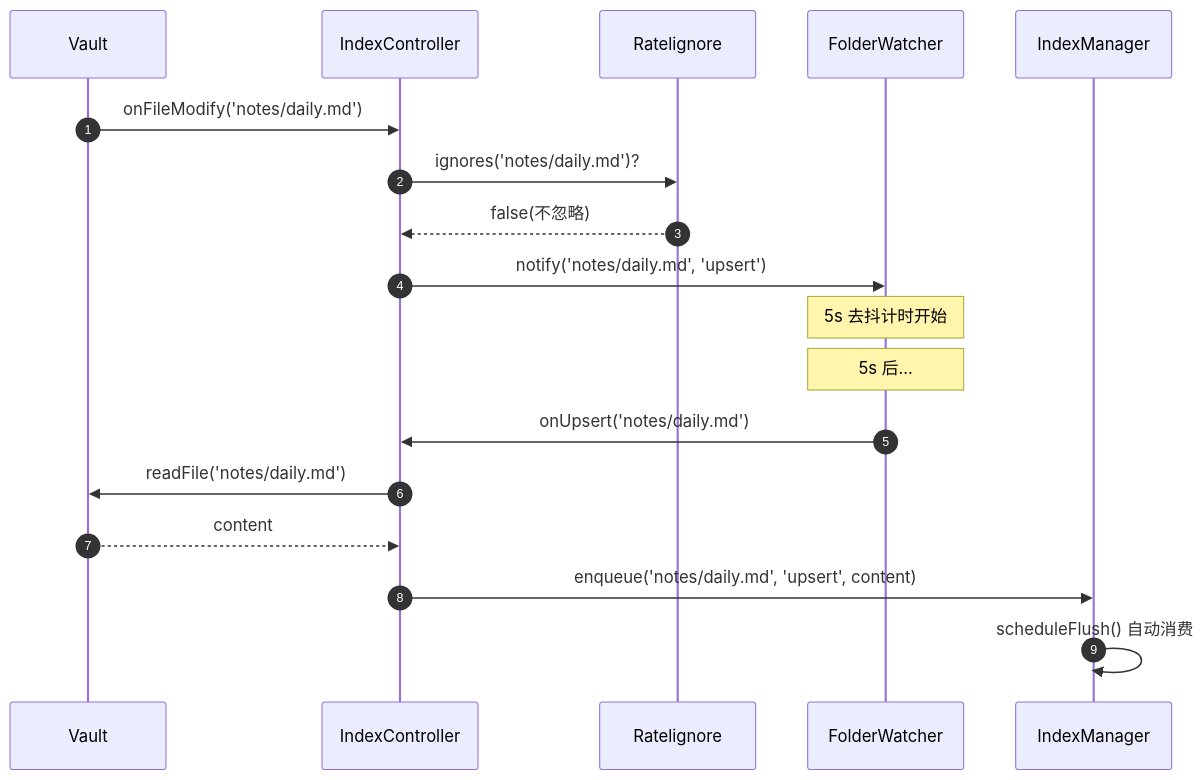
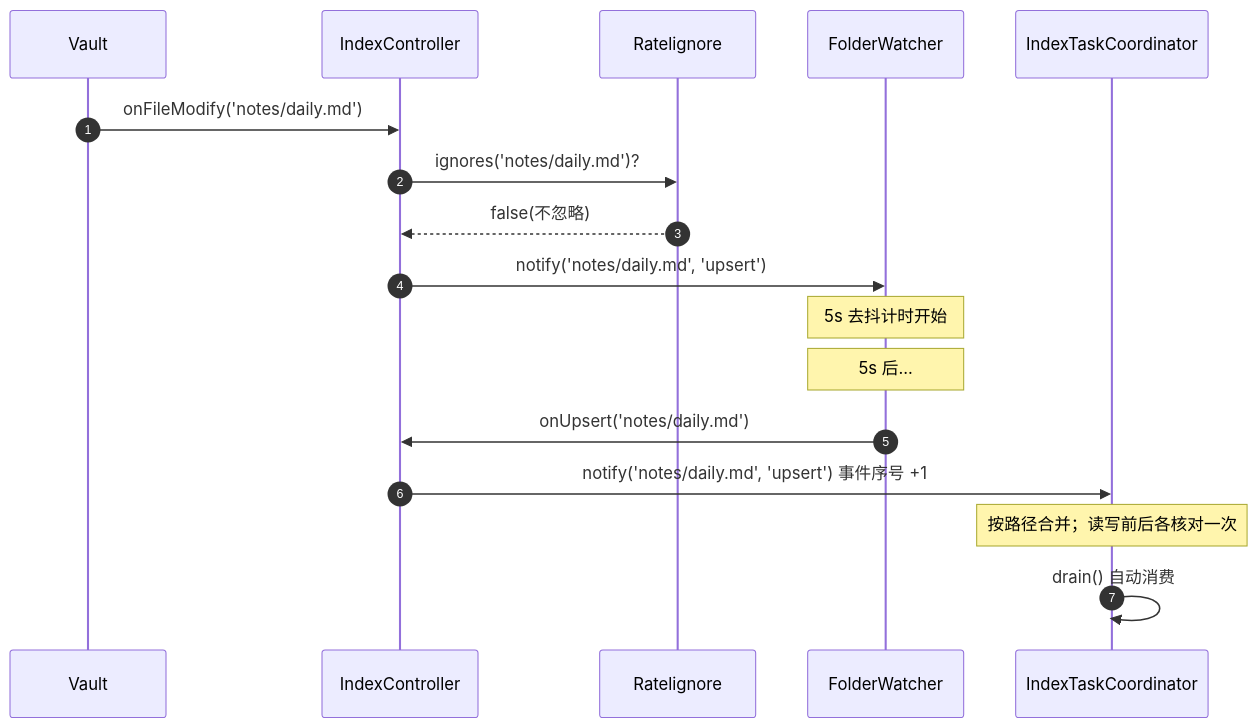
One commit to golddream-y/obsidian-ratel changed the third of 4 diagrams in docs/architecture/host/index-controller.md. Above: the diagram before and after it, drawn with Mermaid. The commit also changed other lines of this file and 26 other files, not shown here.

````diff
--- a/docs/architecture/host/index-controller.md
+++ b/docs/architecture/host/index-controller.md
@@ -124,21 +151,20 @@
 ```mermaid
 sequenceDiagram
     autonumber
     participant V as Vault
     participant IC as IndexController
     participant RI as Ratelignore
     participant FW as FolderWatcher
-    participant IM as IndexManager
+    participant TC as IndexTaskCoordinator
 
     V->>IC: onFileModify('notes/daily.md')
     IC->>RI: ignores('notes/daily.md')?
     RI-->>IC: false(不忽略)
     IC->>FW: notify('notes/daily.md', 'upsert')
     Note over FW: 5s 去抖计时开始
     Note over FW: 5s 后...
     FW->>IC: onUpsert('notes/daily.md')
-    IC->>V: readFile('notes/daily.md')
-    V-->>IC: content
-    IC->>IM: enqueue('notes/daily.md', 'upsert', content)
-    IM->>IM: scheduleFlush() 自动消费
+    IC->>TC: notify('notes/daily.md', 'upsert') 事件序号 +1
+    Note over TC: 按路径合并；读写前后各核对一次
+    TC->>TC: drain() 自动消费
 ```
````
